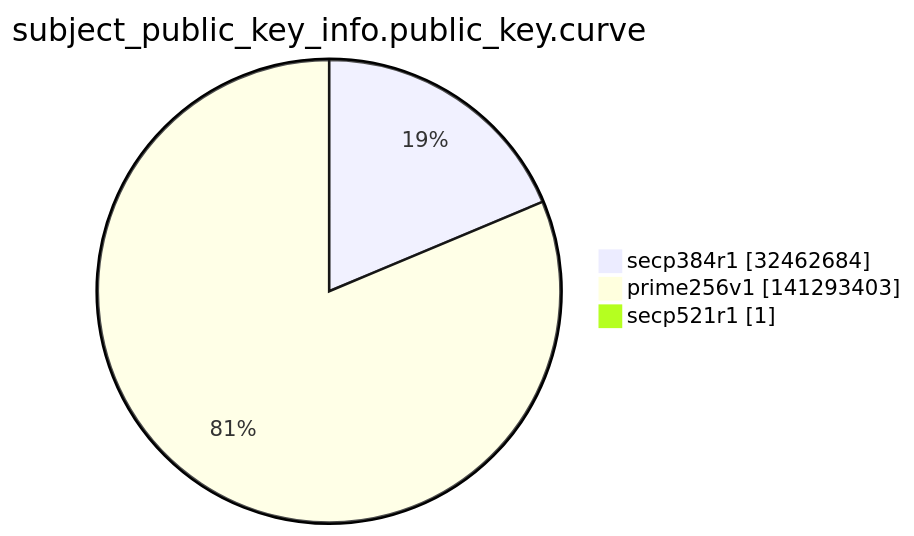
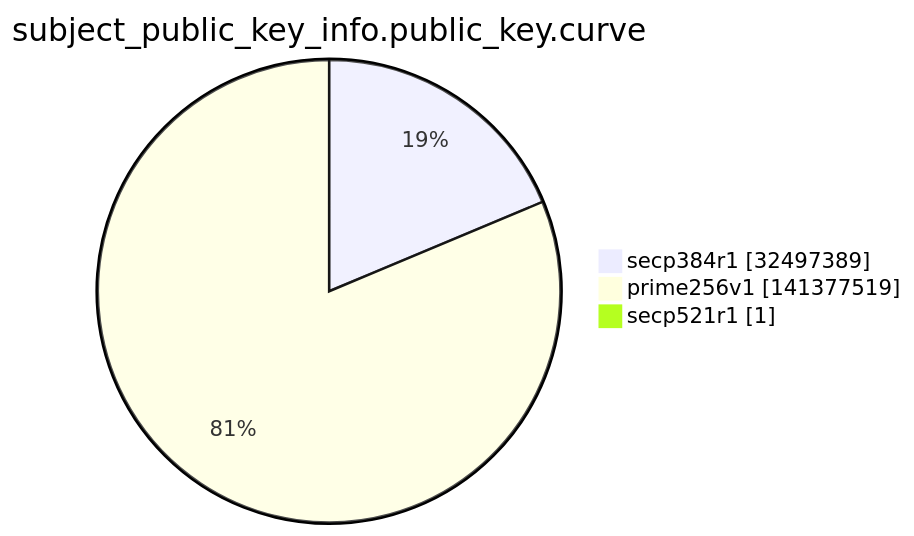
One commit to christiankrug/ctmonitor_visualization changed the ninth of 15 diagrams in argon2022/README.md. Above: the diagram before and after it, drawn with Mermaid. The commit also changed other lines of this file, not shown here.

````diff
--- a/argon2022/README.md
+++ b/argon2022/README.md
@@ -2763,7 +2763,7 @@
 ```mermaid
 pie showData
 title subject_public_key_info.public_key.curve
-"secp384r1" :32462684
-"prime256v1" :141293403
+"secp384r1" :32497389
+"prime256v1" :141377519
 "secp521r1" :1
 ```
````
